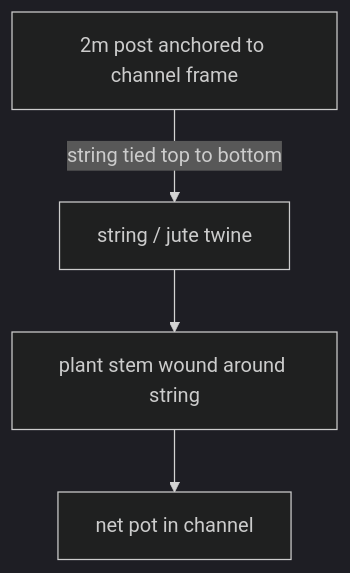
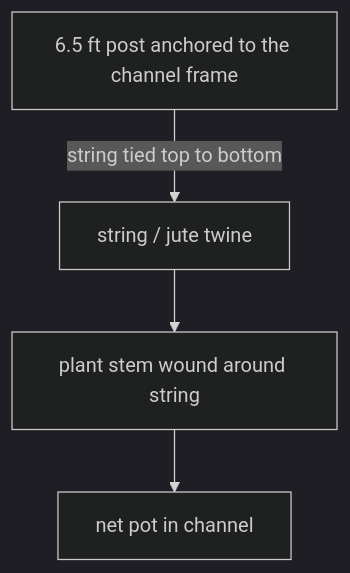
The second of 2 diagrams in guide/nft/06-crops.md (UncleJS/guide_hydroponics), drawn with Mermaid (dark theme) before and after one commit. The commit also changed other lines of this file and 35 other files, not shown here.

````diff
--- a/guide/nft/06-crops.md
+++ b/guide/nft/06-crops.md
@@ -419,11 +425,11 @@
 ```mermaid
 flowchart TD
-    POST["2m post anchored to channel frame"]
+    POST["6.5 ft post anchored to the channel frame"]
     STRING["string / jute twine"]
     STEM["plant stem wound around string"]
     POT["net pot in channel"]
 
     POST -->|"string tied top to bottom"| STRING
     STRING --> STEM
     STEM --> POT
 ```
````
